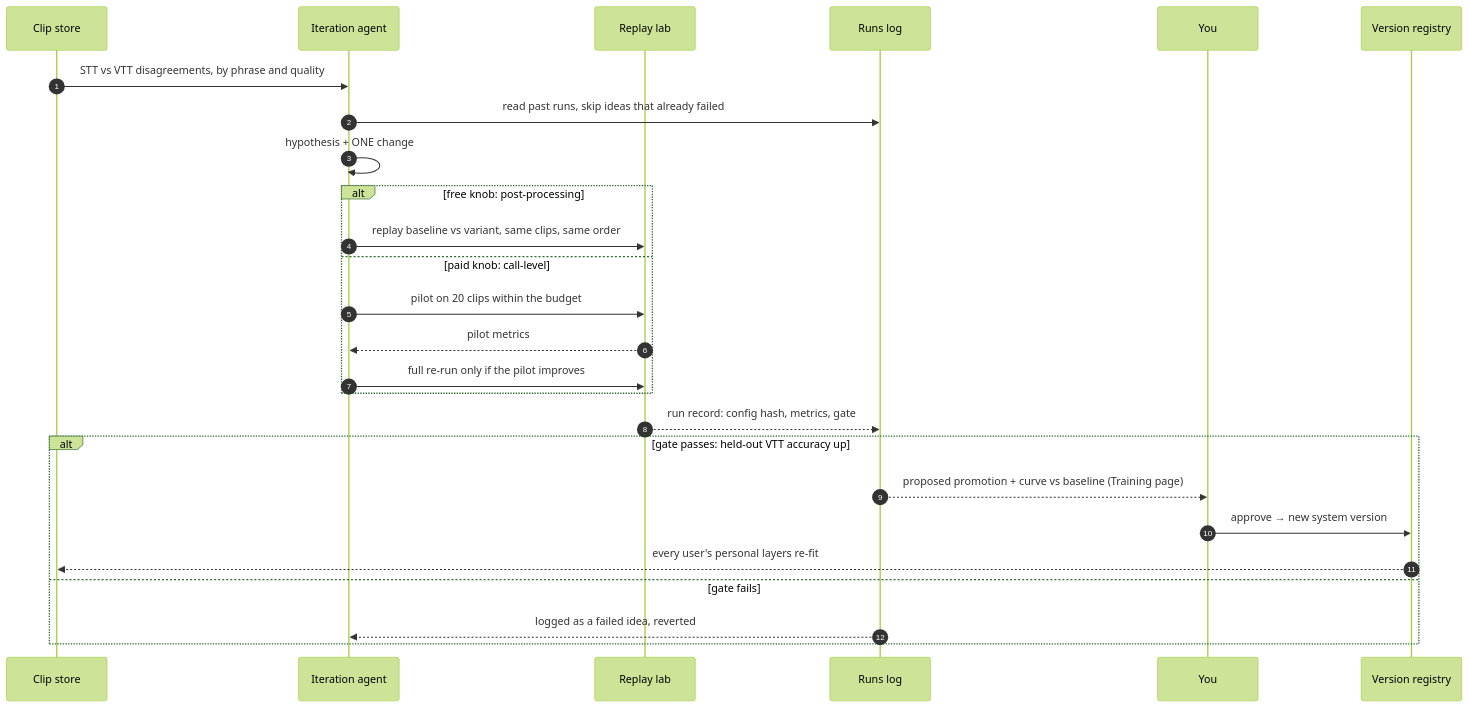
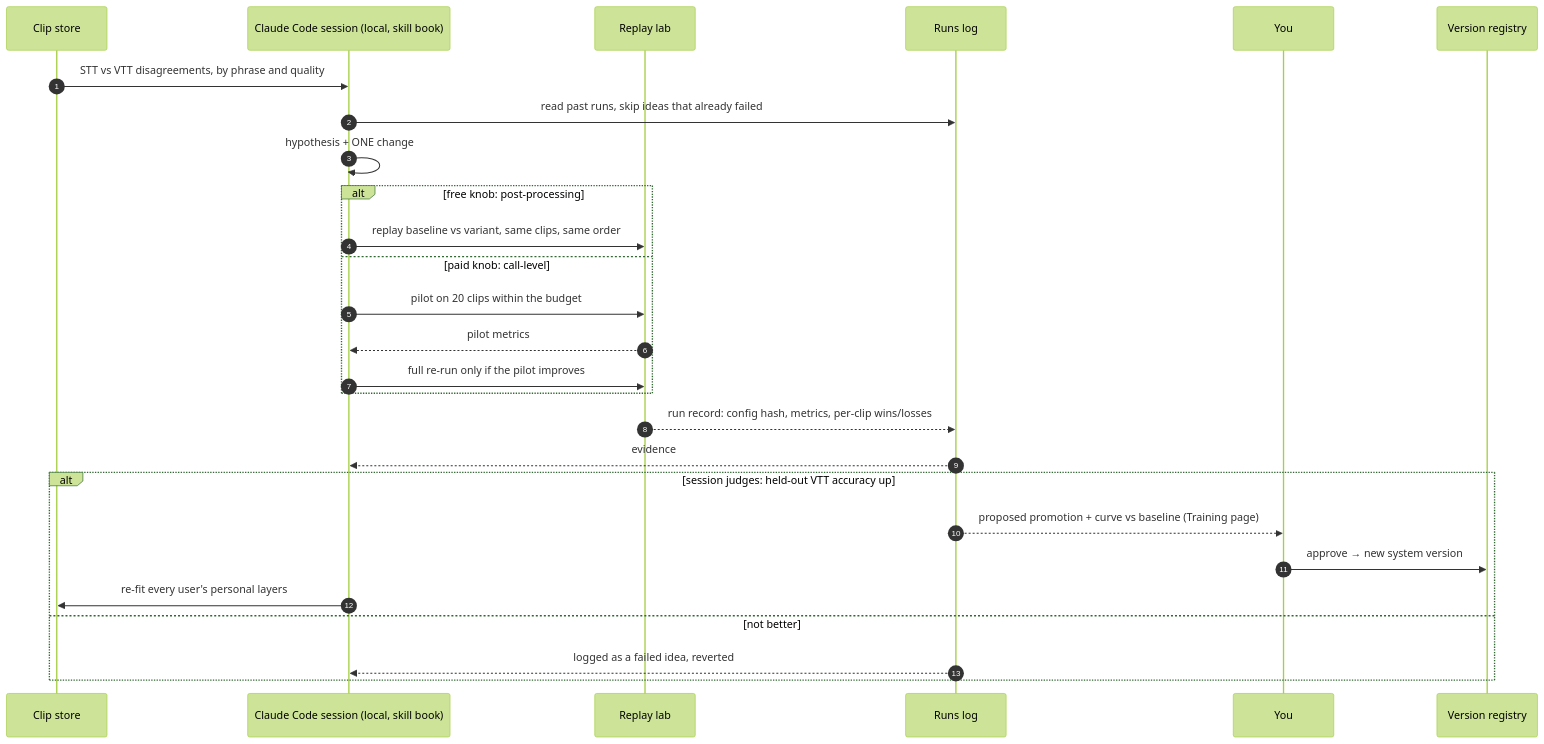
The seventh of 7 diagrams in docs/pipeline.md (Darijan-Ducic/badge-machine), drawn with Mermaid (forest theme) before and after one commit. The commit also changed other lines of this file and 2 other files, not shown here.

First line of the commit message:
docs: mark a local Claude Code session as the owner of every iteration

````diff
--- a/docs/pipeline.md
+++ b/docs/pipeline.md
@@ -238,28 +248,29 @@
 ```mermaid
 sequenceDiagram
   autonumber
   participant S as Clip store
-  participant A as Iteration agent
+  participant A as Claude Code session (local, skill book)
   participant L as Replay lab
   participant R as Runs log
   participant H as You
   participant V as Version registry
   S->>A: STT vs VTT disagreements, by phrase and quality
   A->>R: read past runs, skip ideas that already failed
   A->>A: hypothesis + ONE change
   alt free knob: post-processing
     A->>L: replay baseline vs variant, same clips, same order
   else paid knob: call-level
     A->>L: pilot on 20 clips within the budget
     L-->>A: pilot metrics
     A->>L: full re-run only if the pilot improves
   end
-  L-->>R: run record: config hash, metrics, gate
-  alt gate passes: held-out VTT accuracy up
+  L-->>R: run record: config hash, metrics, per-clip wins/losses
+  R-->>A: evidence
+  alt session judges: held-out VTT accuracy up
     R-->>H: proposed promotion + curve vs baseline (Training page)
     H->>V: approve → new system version
-    V-->>S: every user's personal layers re-fit
-  else gate fails
+    A->>S: re-fit every user's personal layers
+  else not better
     R-->>A: logged as a failed idea, reverted
   end
 ```
````
